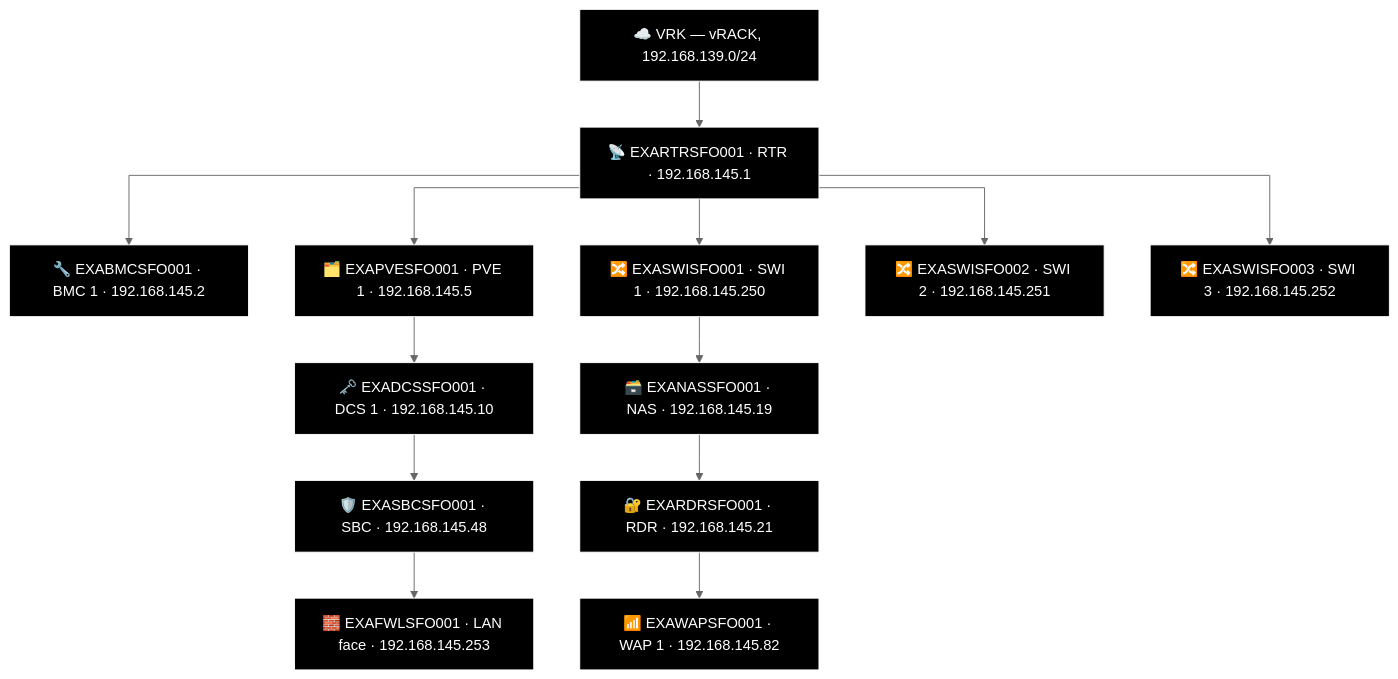
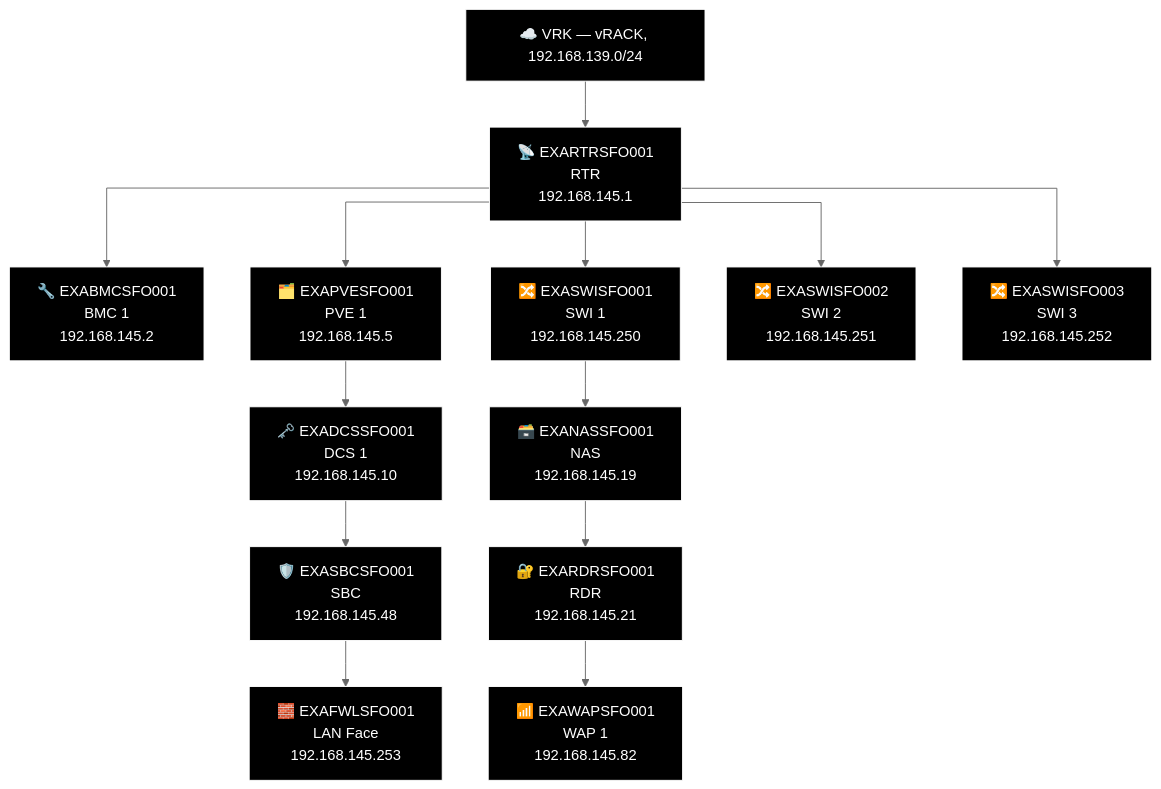
One commit to knightmare2600/example_music_infra changed diagram 16 of 16 in docs/network-diagram/united-states.md. Above: the diagram before and after it, drawn with Mermaid (neutral theme). The commit also changed other lines of this file and 18 other files, not shown here.

````diff
--- a/docs/network-diagram/united-states.md
+++ b/docs/network-diagram/united-states.md
@@ -588,40 +588,40 @@
 ```mermaid
 %% GENERATED:TOPOLOGY:SFO:START
 %%{init: {'flowchart': {'curve': 'stepAfter'}}}%%
 graph TD
     T_VRK["☁️ VRK — vRACK, 192.168.139.0/24"]
-    T_RTR["📡 EXARTRSFO001 · RTR · 192.168.145.1"]
+    T_RTR["📡 EXARTRSFO001<br/>RTR<br/>192.168.145.1"]
     T_VRK --> T_RTR
-    T_BMC["🔧 EXABMCSFO001 · BMC 1 · 192.168.145.2"]
+    T_BMC["🔧 EXABMCSFO001<br/>BMC 1<br/>192.168.145.2"]
     T_RTR --> T_BMC
-    T_PVE["🗂️ EXAPVESFO001 · PVE 1 · 192.168.145.5"]
+    T_PVE["🗂️ EXAPVESFO001<br/>PVE 1<br/>192.168.145.5"]
     T_RTR --> T_PVE
-    T_SWI["🔀 EXASWISFO001 · SWI 1 · 192.168.145.250"]
+    T_SWI["🔀 EXASWISFO001<br/>SWI 1<br/>192.168.145.250"]
     T_RTR --> T_SWI
-    T_SWI2["🔀 EXASWISFO002 · SWI 2 · 192.168.145.251"]
+    T_SWI2["🔀 EXASWISFO002<br/>SWI 2<br/>192.168.145.251"]
     T_RTR --> T_SWI2
-    T_SWI3["🔀 EXASWISFO003 · SWI 3 · 192.168.145.252"]
+    T_SWI3["🔀 EXASWISFO003<br/>SWI 3<br/>192.168.145.252"]
     T_RTR --> T_SWI3
-    T_NAS["🗃️ EXANASSFO001 · NAS · 192.168.145.19"]
-    T_RDR["🔐 EXARDRSFO001 · RDR · 192.168.145.21"]
-    T_WAP["📶 EXAWAPSFO001 · WAP 1 · 192.168.145.82"]
+    T_NAS["🗃️ EXANASSFO001<br/>NAS<br/>192.168.145.19"]
+    T_RDR["🔐 EXARDRSFO001<br/>RDR<br/>192.168.145.21"]
+    T_WAP["📶 EXAWAPSFO001<br/>WAP 1<br/>192.168.145.82"]
     T_SWI --> T_NAS --> T_RDR --> T_WAP
-    T_DCS["🗝️ EXADCSSFO001 · DCS 1 · 192.168.145.10"]
-    T_SBC["🛡️ EXASBCSFO001 · SBC · 192.168.145.48"]
-    T_FWL["🧱 EXAFWLSFO001 · LAN face · 192.168.145.253"]
+    T_DCS["🗝️ EXADCSSFO001<br/>DCS 1<br/>192.168.145.10"]
+    T_SBC["🛡️ EXASBCSFO001<br/>SBC<br/>192.168.145.48"]
+    T_FWL["🧱 EXAFWLSFO001<br/>LAN Face<br/>192.168.145.253"]
     T_PVE --> T_DCS --> T_SBC --> T_FWL
     style T_VRK fill:#000000,stroke:#FFFFFF,color:#FFFFFF
     style T_RTR fill:#000000,stroke:#FFFFFF,color:#FFFFFF
     style T_BMC fill:#000000,stroke:#FFFFFF,color:#FFFFFF
     style T_PVE fill:#000000,stroke:#FFFFFF,color:#FFFFFF
     style T_SWI fill:#000000,stroke:#FFFFFF,color:#FFFFFF
     style T_SWI2 fill:#000000,stroke:#FFFFFF,color:#FFFFFF
     style T_SWI3 fill:#000000,stroke:#FFFFFF,color:#FFFFFF
     style T_NAS fill:#000000,stroke:#FFFFFF,color:#FFFFFF
     style T_RDR fill:#000000,stroke:#FFFFFF,color:#FFFFFF
     style T_WAP fill:#000000,stroke:#FFFFFF,color:#FFFFFF
     style T_DCS fill:#000000,stroke:#FFFFFF,color:#FFFFFF
     style T_SBC fill:#000000,stroke:#FFFFFF,color:#FFFFFF
     style T_FWL fill:#000000,stroke:#FFFFFF,color:#FFFFFF
 %% GENERATED:TOPOLOGY:SFO:END
 ```
````
